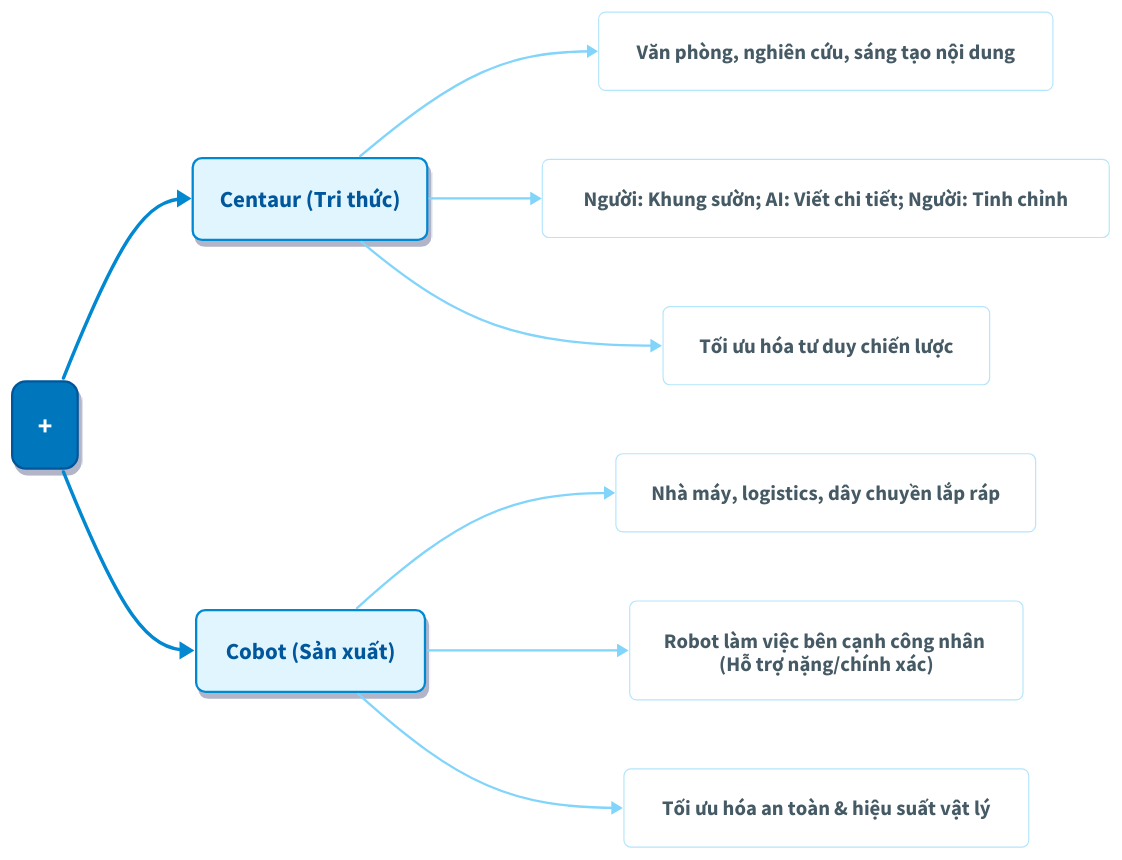
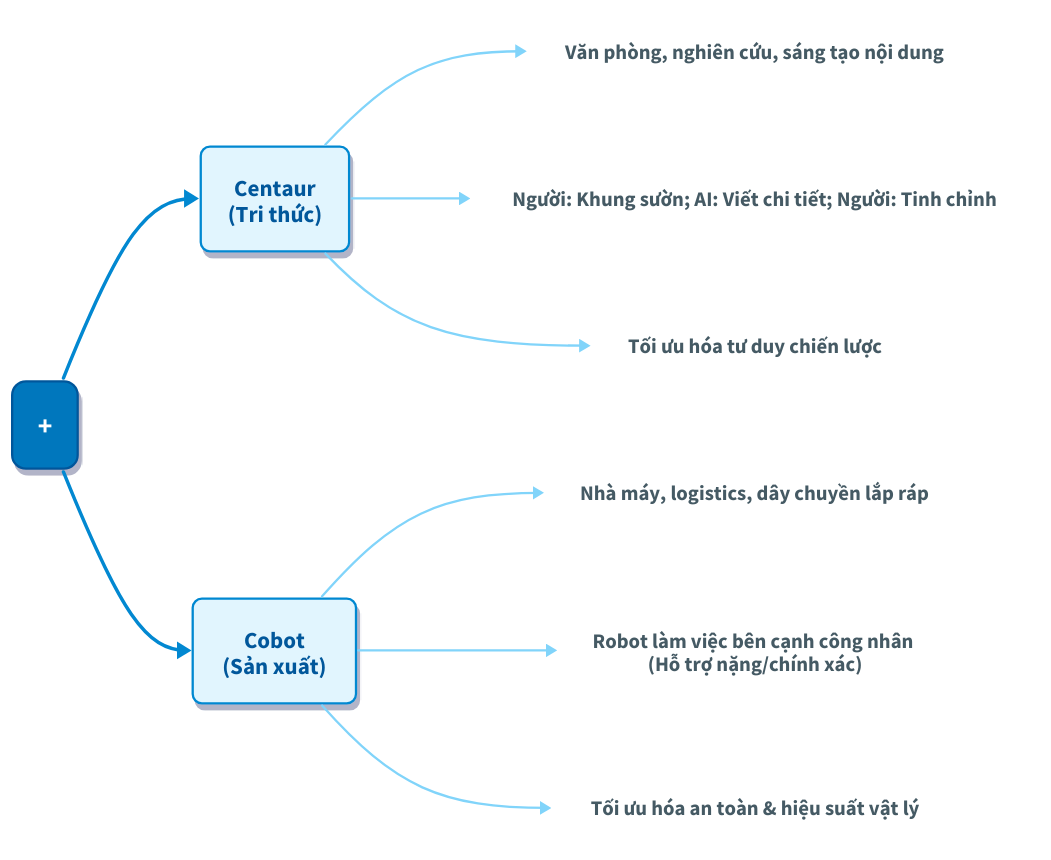
One commit to sam-uit/typst-report-template changed the diagram in content/diagrams/cacmohinhcongtac.d2. Above: the diagram before and after it, drawn with D2. The commit also changed 1 other file, not shown here.

Commit message:
stroke: transparent

```diff
--- a/content/diagrams/cacmohinhcongtac.d2
+++ b/content/diagrams/cacmohinhcongtac.d2
@@ -1,87 +1,87 @@
 direction: right
 
 # --- 0. STYLES ---
 style: {
   opacity: 0.0
   fill: transparent
   # stroke: "orange"
   # stroke-width: 5
 }
 
 # ------------------------------
 # STYLING CLASSES (Humanist & Clean Blue/White)
 # ------------------------------
 classes: {
   root_node: {
     style: {
       fill: "#0277bd"
       stroke: "#01579b"
       font-color: "#ffffff"
       stroke-width: 2
       border-radius: 12
       shadow: true
       font-size: 24
     }
   }
 
   category_node: {
     style: {
       fill: "#e1f5fe"
       stroke: "#0288d1"
       font-color: "#01579b"
       stroke-width: 2
       border-radius: 8
       shadow: true
       font-size: 20
     }
   }
 
   leaf_node: {
     style: {
-      fill: "#ffffff"
-      stroke: "#b3e5fc"
+      fill: transparent
+      stroke: transparent
       font-color: "#455a64"
       stroke-width: 1
       border-radius: 6
       font-size: 18
       stroke-dash: 0
     }
   }
 }
 
 # ------------------------------
 # NODES & CONTENT
 # ------------------------------
 
 # Root
 Root: "+" {class: root_node}
 
 # Branch 1: Centaur
-Centaur: Centaur (Tri thức) {class: category_node}
+Centaur: Centaur\n(Tri thức) {class: category_node}
 
 C_Env: "Văn phòng, nghiên cứu, sáng tạo nội dung" {class: leaf_node}
 C_Collab: "Người: Khung sườn; AI: Viết chi tiết; Người: Tinh chỉnh" {class: leaf_node}
 C_Value: "Tối ưu hóa tư duy chiến lược" {class: leaf_node}
 
 # Branch 2: Cobot
-Cobot: Cobot (Sản xuất) {class: category_node}
+Cobot: Cobot\n(Sản xuất) {class: category_node}
 
 Co_Env: "Nhà máy, logistics, dây chuyền lắp ráp" {class: leaf_node}
 Co_Collab: "Robot làm việc bên cạnh công nhân \n (Hỗ trợ nặng/chính xác)" {class: leaf_node}
 Co_Value: "Tối ưu hóa an toàn & hiệu suất vật lý" {class: leaf_node}
 
 # ------------------------------
 # CONNECTIONS (Curved for Mindmap feel)
 # ------------------------------
 Root -> Centaur: {style: {stroke: "#0288d1"; stroke-width: 3}}
 Root -> Cobot: {style: {stroke: "#0288d1"; stroke-width: 3}}
 
 # Connections for Centaur
 Centaur -> C_Env: {style: {stroke: "#81d4fa"; stroke-width: 2}}
 Centaur -> C_Collab: {style: {stroke: "#81d4fa"; stroke-width: 2}}
 Centaur -> C_Value: {style: {stroke: "#81d4fa"; stroke-width: 2}}
 
 # Connections for Cobot
 Cobot -> Co_Env: {style: {stroke: "#81d4fa"; stroke-width: 2}}
 Cobot -> Co_Collab: {style: {stroke: "#81d4fa"; stroke-width: 2}}
 Cobot -> Co_Value: {style: {stroke: "#81d4fa"; stroke-width: 2}}
```
